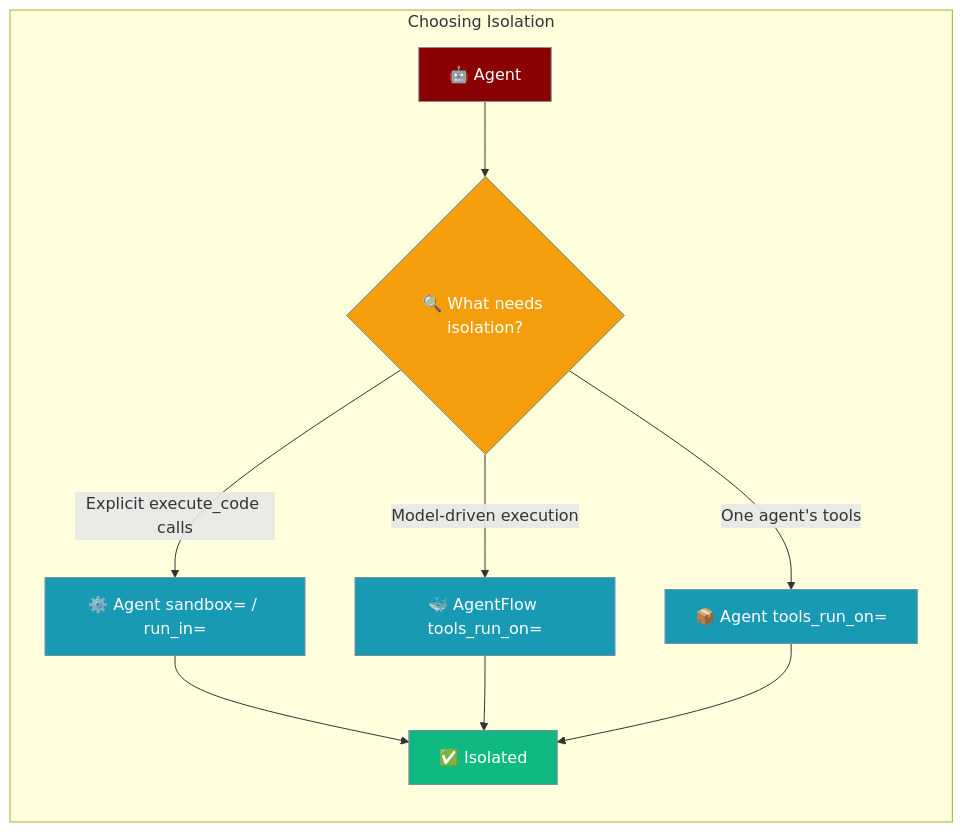
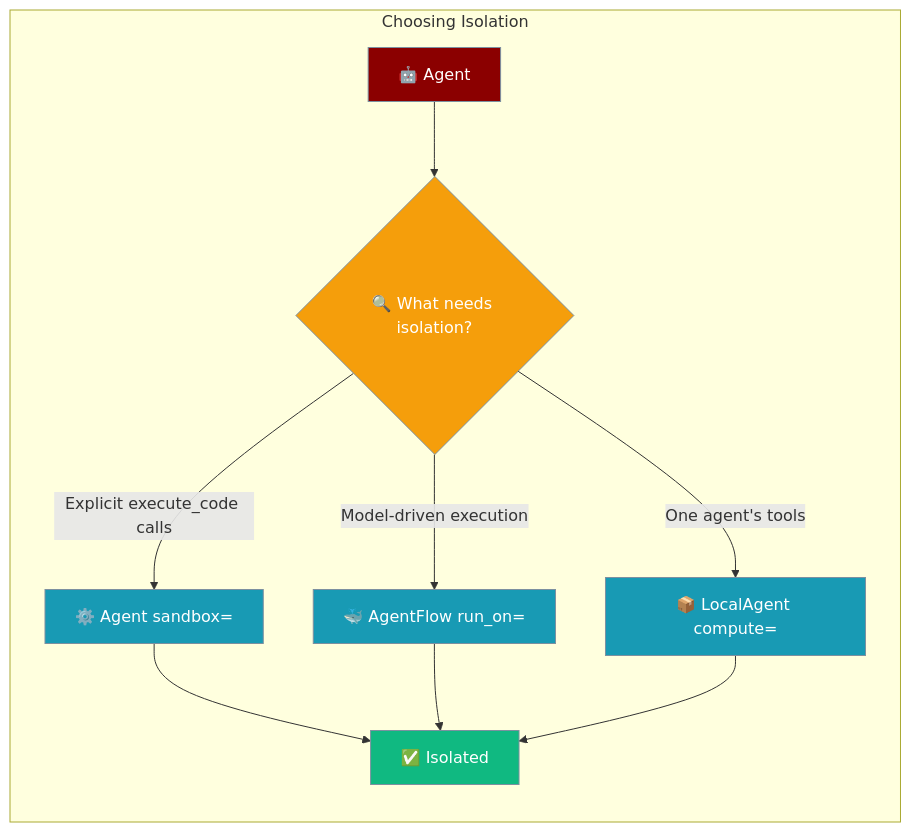
The diagram in docs/features/sandbox-guarantees.mdx (MervinPraison/PraisonAIDocs), drawn with Mermaid before and after one commit. The commit also changed other lines of this file and 19 other files, not shown here.

First line of the commit message:
docs: correct placement vocabulary to real SDK API (run_on / compute / sandbox)

````diff
--- a/docs/features/sandbox-guarantees.mdx
+++ b/docs/features/sandbox-guarantees.mdx
@@ -10,22 +10,22 @@
 ```mermaid
 graph LR
     subgraph "Choosing Isolation"
         A[🤖 Agent] --> Q{🔍 What needs isolation?}
-        Q -->|Explicit execute_code calls| E[⚙️ Agent sandbox= / run_in=]
-        Q -->|Model-driven execution| F[🐳 AgentFlow tools_run_on=]
-        Q -->|One agent's tools| L[📦 Agent tools_run_on=]
+        Q -->|Explicit execute_code calls| E[⚙️ Agent sandbox=]
+        Q -->|Model-driven execution| F[🐳 AgentFlow run_on=]
+        Q -->|One agent's tools| L[📦 LocalAgent compute=]
         E --> R[✅ Isolated]
         F --> R
         L --> R
     end
 
     classDef agent fill:#8B0000,stroke:#7C90A0,color:#fff
     classDef question fill:#F59E0B,stroke:#7C90A0,color:#fff
     classDef surface fill:#189AB4,stroke:#7C90A0,color:#fff
     classDef result fill:#10B981,stroke:#7C90A0,color:#fff
 
     class A agent
     class Q question
     class E,F,L surface
     class R result
 ```
````
